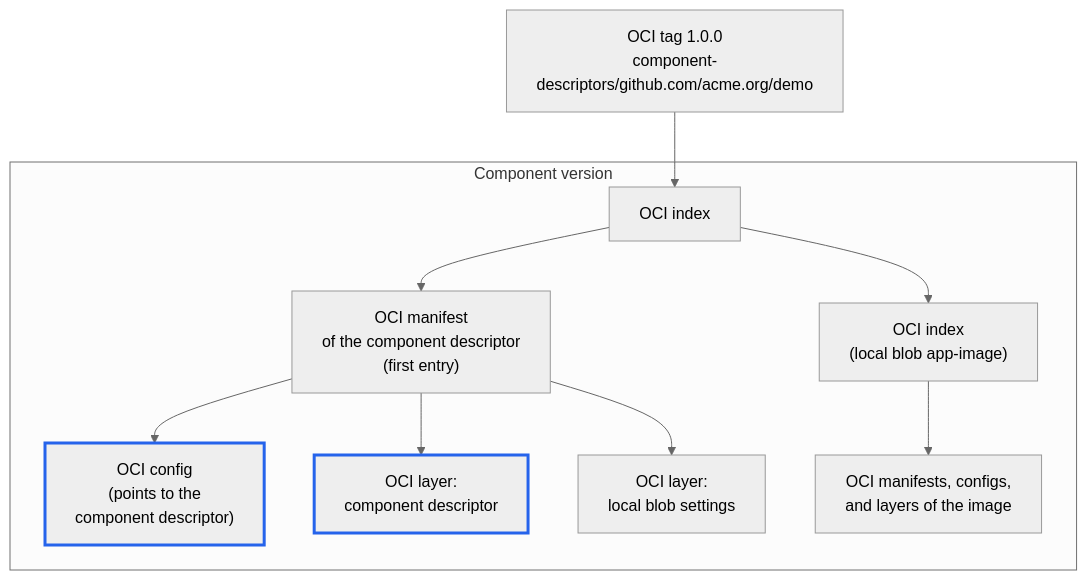
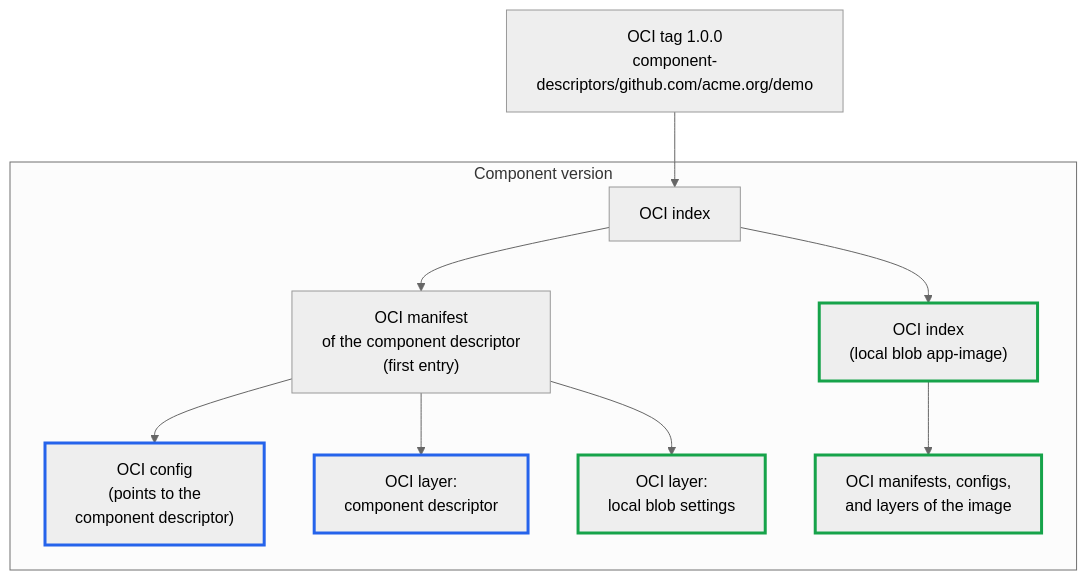
One commit to open-component-model/open-component-model changed the second of 2 diagrams in website/content/docs/concepts/component-storage.md. Above: the diagram before and after it, drawn with Mermaid (neutral theme). The commit also changed other lines of this file, not shown here.

First line of the commit message:
docs(concepts): separate user content from OCI structure in storage diagrams

````diff
--- a/website/content/docs/concepts/component-storage.md
+++ b/website/content/docs/concepts/component-storage.md
@@ -146,17 +149,19 @@
 ```mermaid
 flowchart TD
     tag["OCI tag 1.0.0<br/>component-descriptors/github.com/acme.org/demo"] --> idx
 
     subgraph cv["Component version"]
         idx["OCI index"]
         idx --> dm["OCI manifest<br/>of the component descriptor<br/>(first entry)"]
         idx --> img["OCI index<br/>(local blob app-image)"]
         dm --> cfg["OCI config<br/>(points to the<br/>component descriptor)"]
         dm --> cd["OCI layer:<br/>component descriptor"]
         dm --> lb["OCI layer:<br/>local blob settings"]
         img --> imgm["OCI manifests, configs,<br/>and layers of the image"]
     end
 
     classDef ocm stroke:#2563eb,stroke-width:3px
     class cfg,cd ocm
+    classDef content stroke:#16a34a,stroke-width:3px
+    class lb,img,imgm content
 ```
````
